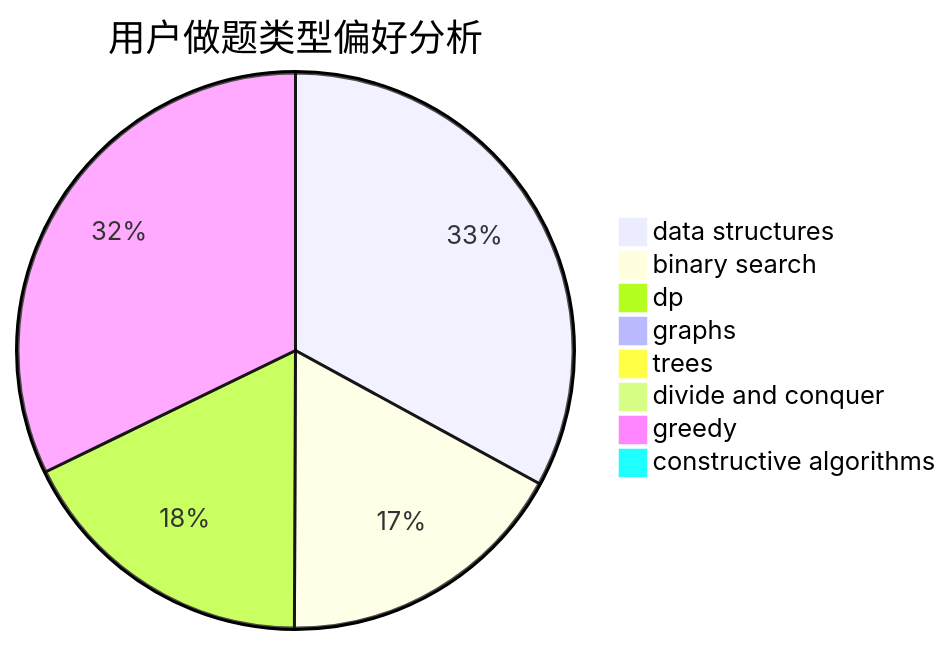
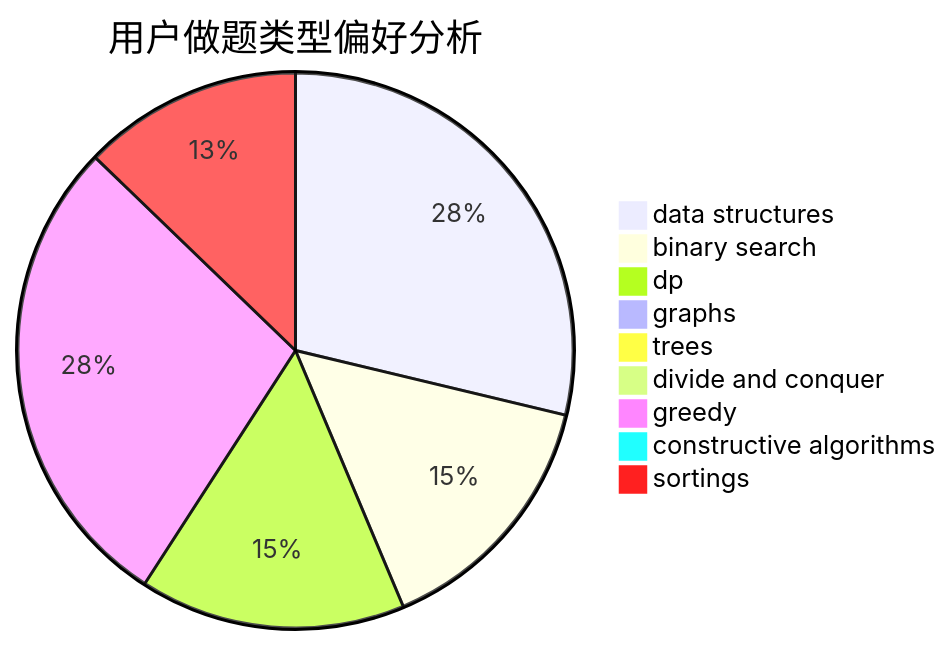
Before and after one commit to sherpahu/cfrs.github.io: the second of 3 diagrams in docs/user/u1506.md, drawn with Mermaid. The commit also changed other lines of this file and 2769 other files, not shown here.

````diff
--- a/docs/user/u1506.md
+++ b/docs/user/u1506.md
@@ -23,11 +18,12 @@
 ```mermaid
 pie title 用户做题类型偏好分析
     "data structures" :  782
     "binary search" :  406
     "dp" :  421
     "graphs" :  8
     "trees" :  9
     "divide and conquer" :  9
     "greedy" :  764
     "constructive algorithms" :  2
+    "sortings" :  348
 ```
````
